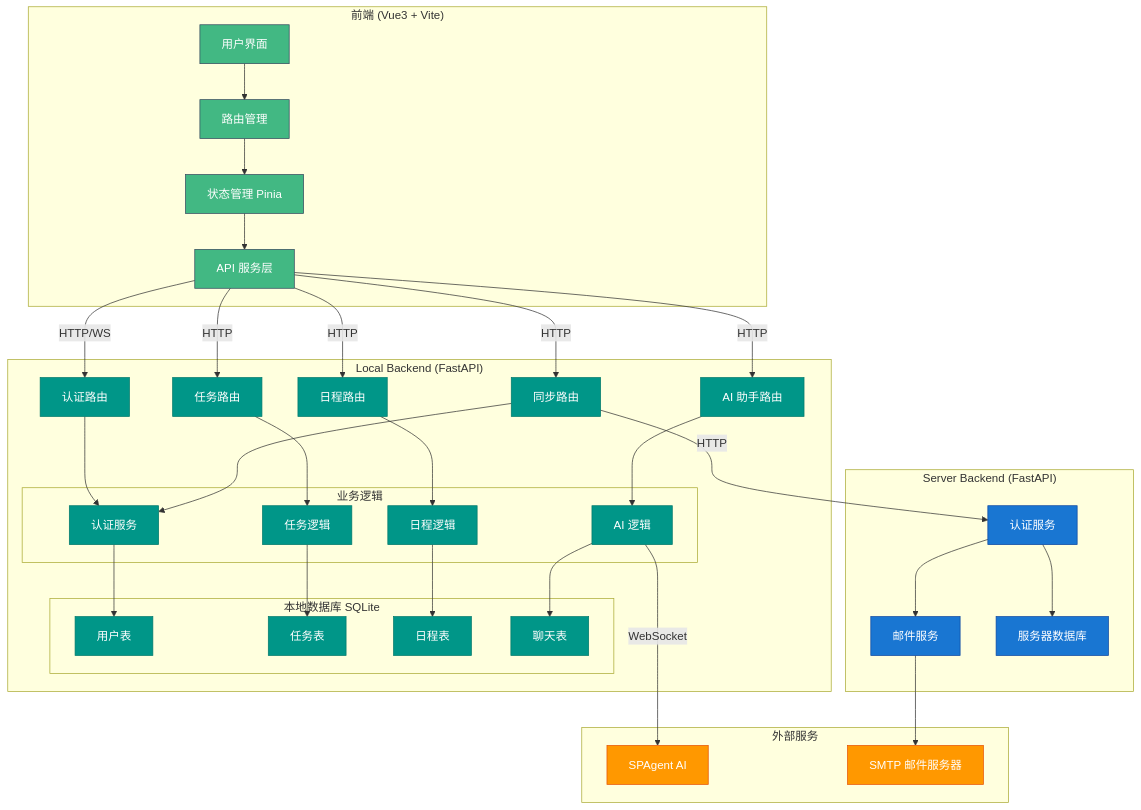
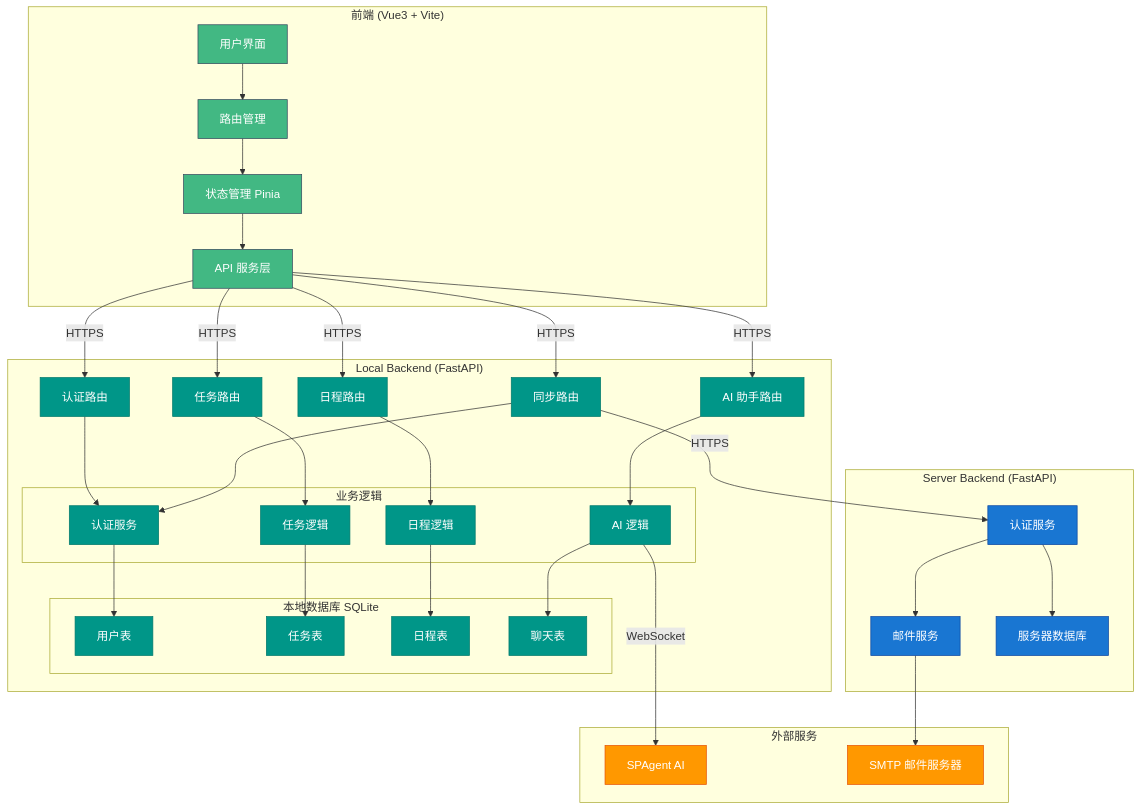
Before and after one commit to Leoliyanmin/MyProAgent: the diagram in design-26s-27.md, drawn with Mermaid. The commit also changed other lines of this file, not shown here.

Commit message:
fix: use https connection

````diff
--- a/design-26s-27.md
+++ b/design-26s-27.md
@@ -5,81 +5,81 @@
 ```mermaid
 graph TB
     subgraph Frontend["前端 (Vue3 + Vite)"]
         UI[用户界面]
         Router[路由管理]
         Stores[状态管理 Pinia]
         API[API 服务层]
     end
 
     subgraph LocalBackend["Local Backend (FastAPI)"]
         AuthRoutes[认证路由]
         TaskRoutes[任务路由]
         ScheduleRoutes[日程路由]
         AgentRoutes[AI 助手路由]
         SyncRoutes[同步路由]
         
         subgraph Business["业务逻辑"]
             AuthService[认证服务]
             TaskLogic[任务逻辑]
             ScheduleLogic[日程逻辑]
             AgentLogic[AI 逻辑]
         end
         
         subgraph Database["本地数据库 SQLite"]
             UserDB[用户表]
             TaskDB[任务表]
             ScheduleDB[日程表]
             ChatDB[聊天表]
         end
     end
 
     subgraph ServerBackend["Server Backend (FastAPI)"]
         ServerAuth[认证服务]
         EmailService[邮件服务]
         ServerDB[服务器数据库]
     end
 
     subgraph External["外部服务"]
         SPAgent[SPAgent AI]
         SMTP[SMTP 邮件服务器]
     end
 
     UI --> Router
     Router --> Stores
     Stores --> API
     
-    API -->|HTTP/WS| AuthRoutes
-    API -->|HTTP| TaskRoutes
-    API -->|HTTP| ScheduleRoutes
-    API -->|HTTP| AgentRoutes
-    API -->|HTTP| SyncRoutes
+    API -->|HTTPS| AuthRoutes
+    API -->|HTTPS| TaskRoutes
+    API -->|HTTPS| ScheduleRoutes
+    API -->|HTTPS| AgentRoutes
+    API -->|HTTPS| SyncRoutes
     
     AuthRoutes --> AuthService
     TaskRoutes --> TaskLogic
     ScheduleRoutes --> ScheduleLogic
     AgentRoutes --> AgentLogic
     SyncRoutes --> AuthService
     
     AuthService --> UserDB
     TaskLogic --> TaskDB
     ScheduleLogic --> ScheduleDB
     AgentLogic --> ChatDB
     
     AgentLogic -->|WebSocket| SPAgent
     
-    SyncRoutes -->|HTTP| ServerAuth
+    SyncRoutes -->|HTTPS| ServerAuth
     ServerAuth --> EmailService
     EmailService --> SMTP
     ServerAuth --> ServerDB
     
     classDef frontend fill:#42b883,stroke:#35495e,color:#fff
     classDef local fill:#009688,stroke:#00796b,color:#fff
     classDef server fill:#1976d2,stroke:#0d47a1,color:#fff
     classDef external fill:#ff9800,stroke:#e65100,color:#fff
     
     class UI,Router,Stores,API frontend
     class AuthRoutes,TaskRoutes,ScheduleRoutes,AgentRoutes,SyncRoutes,AuthService,TaskLogic,ScheduleLogic,AgentLogic local
     class UserDB,TaskDB,ScheduleDB,ChatDB local
     class ServerAuth,EmailService,ServerDB server
     class SPAgent,SMTP external
 ```
````
